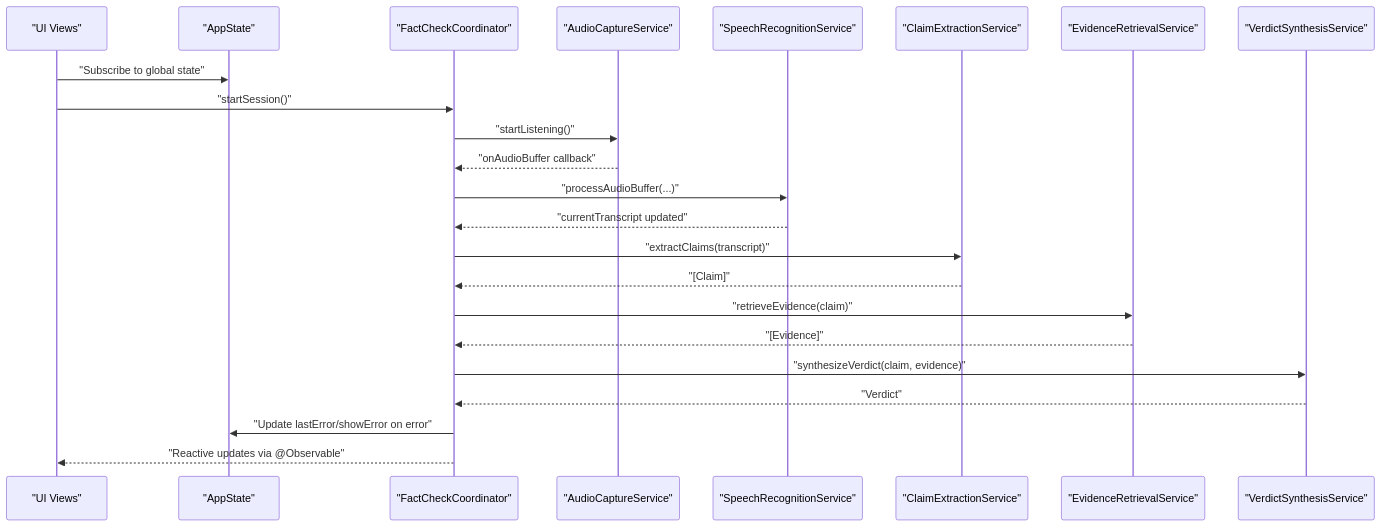
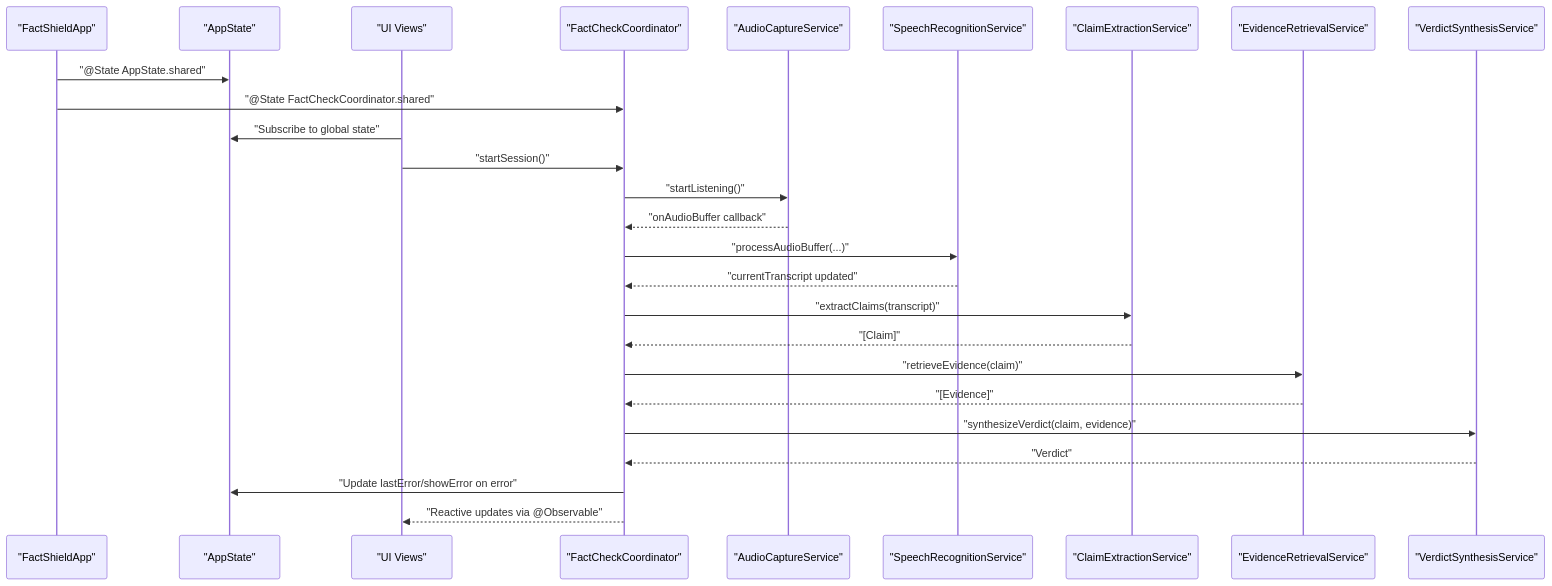
The second of 4 diagrams in .qoder/repowiki/en/content/Data Models and State Management/State Management Architecture.md (alexandreybasta-cyber/factshield-ios), drawn with Mermaid before and after one commit. The commit also changed other lines of this file and 97 other files, not shown here.

````diff
--- a/.qoder/repowiki/en/content/Data Models and State Management/State Management Architecture.md
+++ b/.qoder/repowiki/en/content/Data Models and State Management/State Management Architecture.md
@@ -145,25 +189,28 @@
 ```mermaid
 sequenceDiagram
+participant App as "FactShieldApp"
+participant State as "AppState"
 participant UI as "UI Views"
-participant State as "AppState"
 participant Coord as "FactCheckCoordinator"
 participant Audio as "AudioCaptureService"
 participant Speech as "SpeechRecognitionService"
 participant Claims as "ClaimExtractionService"
 participant Evidence as "EvidenceRetrievalService"
 participant Verdict as "VerdictSynthesisService"
+App->>State : "@State AppState.shared"
+App->>Coord : "@State FactCheckCoordinator.shared"
 UI->>State : "Subscribe to global state"
 UI->>Coord : "startSession()"
 Coord->>Audio : "startListening()"
 Audio-->>Coord : "onAudioBuffer callback"
 Coord->>Speech : "processAudioBuffer(...)"
 Speech-->>Coord : "currentTranscript updated"
 Coord->>Claims : "extractClaims(transcript)"
 Claims-->>Coord : "[Claim]"
 Coord->>Evidence : "retrieveEvidence(claim)"
 Evidence-->>Coord : "[Evidence]"
 Coord->>Verdict : "synthesizeVerdict(claim, evidence)"
 Verdict-->>Coord : "Verdict"
 Coord->>State : "Update lastError/showError on error"
 Coord-->>UI : "Reactive updates via @Observable"
 ```
````
